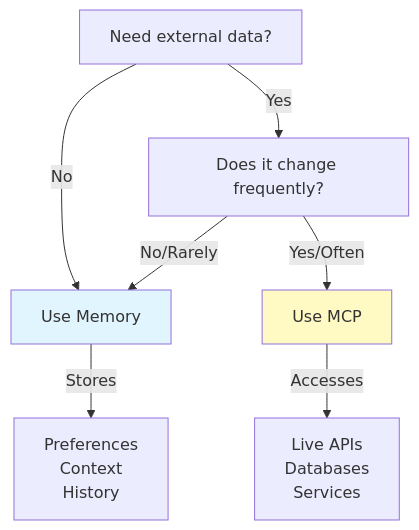
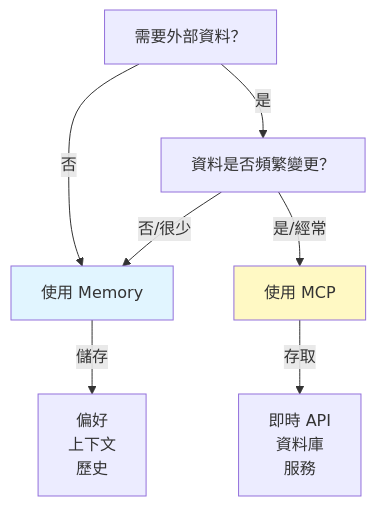
One commit to huckly/claude-howto-zh-tw changed diagram 15 of 31 in claude_concepts_guide.md. Above: the diagram before and after it, drawn with Mermaid. The commit also changed other lines of this file and 12 other files, not shown here.

````diff
--- a/claude_concepts_guide.md
+++ b/claude_concepts_guide.md
@@ -1197,14 +1197,14 @@
 ```mermaid
 graph TD
-    A["Need external data?"]
-    A -->|No| B["Use Memory"]
-    A -->|Yes| C["Does it change frequently?"]
-    C -->|No/Rarely| B
-    C -->|Yes/Often| D["Use MCP"]
+    A["需要外部資料？"]
+    A -->|否| B["使用 Memory"]
+    A -->|是| C["資料是否頻繁變更？"]
+    C -->|否/很少| B
+    C -->|是/經常| D["使用 MCP"]
 
-    B -->|Stores| E["Preferences<br/>Context<br/>History"]
-    D -->|Accesses| F["Live APIs<br/>Databases<br/>Services"]
+    B -->|儲存| E["偏好<br/>上下文<br/>歷史"]
+    D -->|存取| F["即時 API<br/>資料庫<br/>服務"]
 
     style B fill:#e1f5ff
     style D fill:#fff9c4
 ```
````
